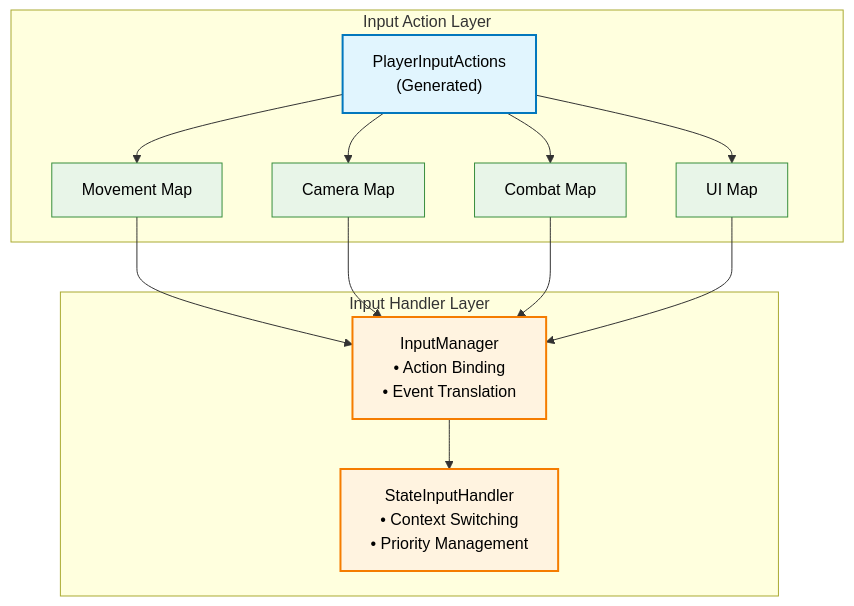
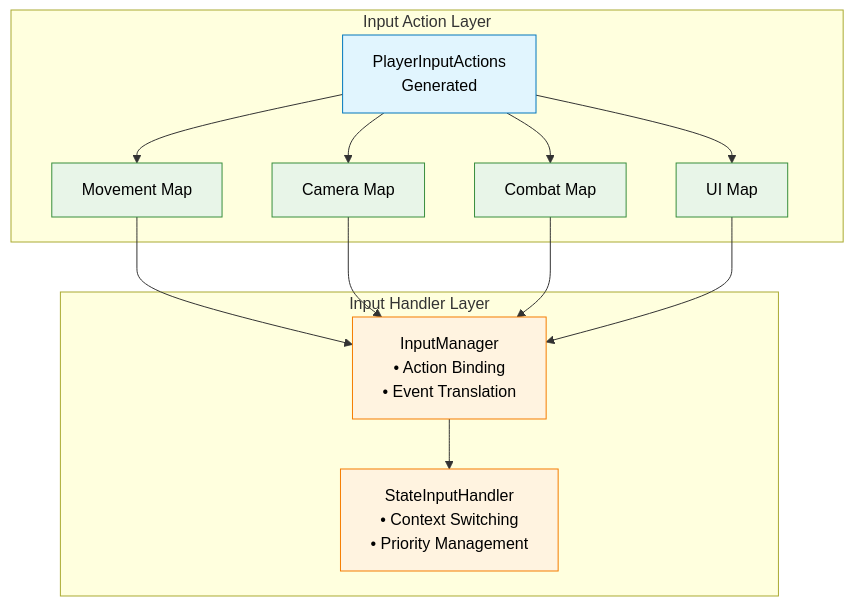
One commit to u-satoru/URP3D_Base01 changed the fourth of 8 diagrams in DESIGN.md. Above: the diagram before and after it, drawn with Mermaid. The commit also changed other lines of this file and 1 other file, not shown here.

````diff
--- a/DESIGN.md
+++ b/DESIGN.md
@@ -285,34 +949,34 @@
 ```mermaid
-flowchart TB
-    subgraph "Input Action Layer"
-        A["PlayerInputActions<br/>(Generated)"]
-        B["Movement Map"]
-        C["Camera Map"]
-        D["Combat Map"]
-        E["UI Map"]
+graph TB
+    subgraph InputActionLayer[Input Action Layer]
+        A[PlayerInputActions<br/>Generated]
+        B[Movement Map]
+        C[Camera Map]
+        D[Combat Map]
+        E[UI Map]
 
         A --> B
         A --> C
         A --> D
         A --> E
     end
 
-    subgraph "Input Handler Layer"
-        F["InputManager<br/>• Action Binding<br/>• Event Translation"]
-        G["StateInputHandler<br/>• Context Switching<br/>• Priority Management"]
+    subgraph InputHandlerLayer[Input Handler Layer]
+        F[InputManager<br/>• Action Binding<br/>• Event Translation]
+        G[StateInputHandler<br/>• Context Switching<br/>• Priority Management]
     end
 
     B --> F
     C --> F
     D --> F
     E --> F
     F --> G
 
-    classDef actions fill:#e1f5fe,stroke:#0277bd,stroke-width:2px,color:#000
-    classDef maps fill:#e8f5e8,stroke:#388e3c,stroke-width:1px,color:#000
-    classDef handlers fill:#fff3e0,stroke:#f57c00,stroke-width:2px,color:#000
+    classDef actions fill:#e1f5fe,stroke:#0277bd,color:#000
+    classDef maps fill:#e8f5e8,stroke:#388e3c,color:#000
+    classDef handlers fill:#fff3e0,stroke:#f57c00,color:#000
 
     class A actions
     class B,C,D,E maps
     class F,G handlers
 ```
````
